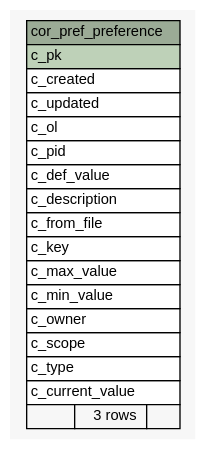
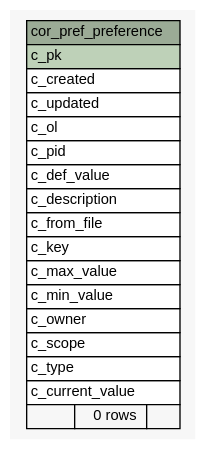
The diagram in 1.0.0-SNAPSHOT/schemaspy/diagrams/summary/cor_pref_preference.1degree.dot (openwms/org.openwms.core.preferences.lib), drawn with Graphviz before and after one commit. The commit also changed 172 other files, not shown here.

```diff
--- a/1.0.0-SNAPSHOT/schemaspy/diagrams/summary/cor_pref_preference.1degree.dot
+++ b/1.0.0-SNAPSHOT/schemaspy/diagrams/summary/cor_pref_preference.1degree.dot
@@ -1,44 +1,44 @@
 // dot 2.38.0 on Linux 4.15.0-1077-gcp
 // SchemaSpy rev Unknown
 digraph "cor_pref_preference" {
   graph [
     rankdir="RL"
     bgcolor="#f7f7f7"
     nodesep="0.18"
     ranksep="0.46"
     fontname="Helvetica"
     fontsize="11"
   ];
   node [
     fontname="Helvetica"
     fontsize="11"
     shape="plaintext"
   ];
   edge [
     arrowsize="0.8"
   ];
   "cor_pref_preference" [
     label=<
     <TABLE BORDER="0" CELLBORDER="1" CELLSPACING="0" BGCOLOR="#ffffff">
       <TR><TD COLSPAN="3" BGCOLOR="#9bab96" ALIGN="CENTER">cor_pref_preference</TD></TR>
       <TR><TD PORT="c_pk" COLSPAN="3" BGCOLOR="#bed1b8" ALIGN="LEFT">c_pk</TD></TR>
       <TR><TD PORT="c_created" COLSPAN="3" ALIGN="LEFT">c_created</TD></TR>
       <TR><TD PORT="c_updated" COLSPAN="3" ALIGN="LEFT">c_updated</TD></TR>
       <TR><TD PORT="c_ol" COLSPAN="3" ALIGN="LEFT">c_ol</TD></TR>
       <TR><TD PORT="c_pid" COLSPAN="3" ALIGN="LEFT">c_pid</TD></TR>
       <TR><TD PORT="c_def_value" COLSPAN="3" ALIGN="LEFT">c_def_value</TD></TR>
       <TR><TD PORT="c_description" COLSPAN="3" ALIGN="LEFT">c_description</TD></TR>
       <TR><TD PORT="c_from_file" COLSPAN="3" ALIGN="LEFT">c_from_file</TD></TR>
       <TR><TD PORT="c_key" COLSPAN="3" ALIGN="LEFT">c_key</TD></TR>
       <TR><TD PORT="c_max_value" COLSPAN="3" ALIGN="LEFT">c_max_value</TD></TR>
       <TR><TD PORT="c_min_value" COLSPAN="3" ALIGN="LEFT">c_min_value</TD></TR>
       <TR><TD PORT="c_owner" COLSPAN="3" ALIGN="LEFT">c_owner</TD></TR>
       <TR><TD PORT="c_scope" COLSPAN="3" ALIGN="LEFT">c_scope</TD></TR>
       <TR><TD PORT="c_type" COLSPAN="3" ALIGN="LEFT">c_type</TD></TR>
       <TR><TD PORT="c_current_value" COLSPAN="3" ALIGN="LEFT">c_current_value</TD></TR>
-      <TR><TD ALIGN="LEFT" BGCOLOR="#f7f7f7">  </TD><TD ALIGN="RIGHT" BGCOLOR="#f7f7f7">3 rows</TD><TD ALIGN="RIGHT" BGCOLOR="#f7f7f7">  </TD></TR>
+      <TR><TD ALIGN="LEFT" BGCOLOR="#f7f7f7">  </TD><TD ALIGN="RIGHT" BGCOLOR="#f7f7f7">0 rows</TD><TD ALIGN="RIGHT" BGCOLOR="#f7f7f7">  </TD></TR>
     </TABLE>>
     URL="tables/cor_pref_preference.html"
     tooltip="cor_pref_preference"
   ];
 }
```
